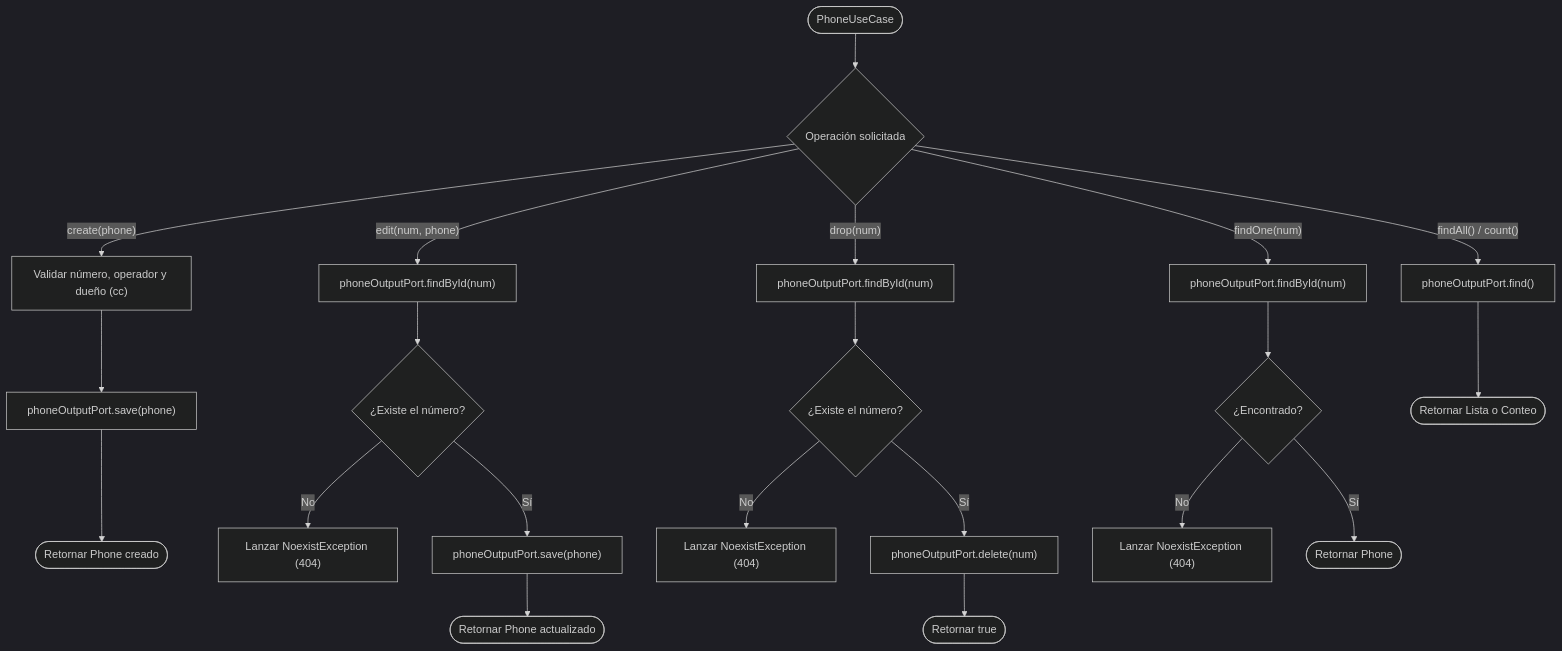
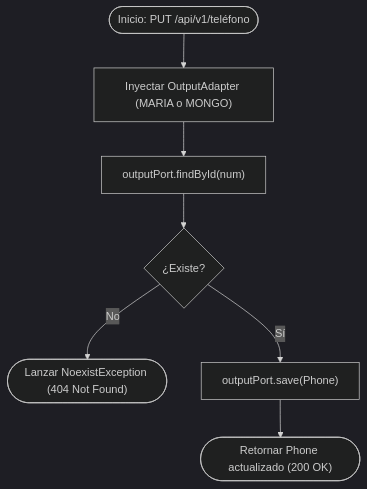
Diagram 20 of 30 in docs/DIAGRAMAS_DE_FLUJO_CASOS_DE_USO.md (Nicolas11Leon/taller-java), drawn with Mermaid (dark theme) before and after one commit. The commit also changed other lines of this file, not shown here.

Commit message:
docs: generar los 30 diagramas de flujo individuales por cada caso de uso

````diff
--- a/docs/DIAGRAMAS_DE_FLUJO_CASOS_DE_USO.md
+++ b/docs/DIAGRAMAS_DE_FLUJO_CASOS_DE_USO.md
@@ -101,28 +209,9 @@
 ```mermaid
 flowchart TD
-    Start(["PhoneUseCase"]) --> Op{"Operación solicitada"}
-
-    Op -- "create(phone)" --> C1["Validar número, operador y dueño (cc)"]
-    C1 --> C2["phoneOutputPort.save(phone)"]
-    C2 --> C3(["Retornar Phone creado"])
-
-    Op -- "edit(num, phone)" --> E1["phoneOutputPort.findById(num)"]
-    E1 --> E2{"¿Existe el número?"}
-    E2 -- "No" --> E3["Lanzar NoexistException (404)"]
-    E2 -- "Sí" --> E4["phoneOutputPort.save(phone)"]
-    E4 --> E5(["Retornar Phone actualizado"])
-
-    Op -- "drop(num)" --> D1["phoneOutputPort.findById(num)"]
-    D1 --> D2{"¿Existe el número?"}
-    D2 -- "No" --> D3["Lanzar NoexistException (404)"]
-    D2 -- "Sí" --> D4["phoneOutputPort.delete(num)"]
-    D4 --> D5(["Retornar true"])
-
-    Op -- "findOne(num)" --> F1["phoneOutputPort.findById(num)"]
-    F1 --> F2{"¿Encontrado?"}
-    F2 -- "No" --> F3["Lanzar NoexistException (404)"]
-    F2 -- "Sí" --> F4(["Retornar Phone"])
-
-    Op -- "findAll() / count()" --> FA1["phoneOutputPort.find()"]
-    FA1 --> FA2(["Retornar Lista o Conteo"])
+    A(["Inicio: PUT /api/v1/teléfono"]) --> B["Inyectar OutputAdapter (MARIA o MONGO)"]
+    B --> C["outputPort.findById(num)"]
+    C --> D{"¿Existe?"}
+    D -- "No" --> E(["Lanzar NoexistException (404 Not Found)"])
+    D -- "Sí" --> F["outputPort.save(Phone)"]
+    F --> G(["Retornar Phone actualizado (200 OK)"])
 ```
````
